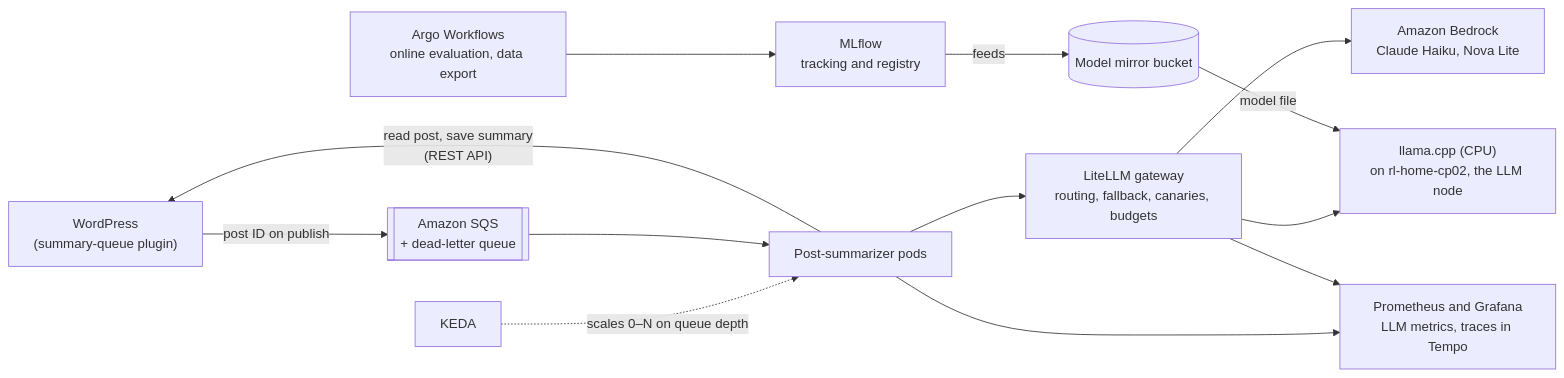
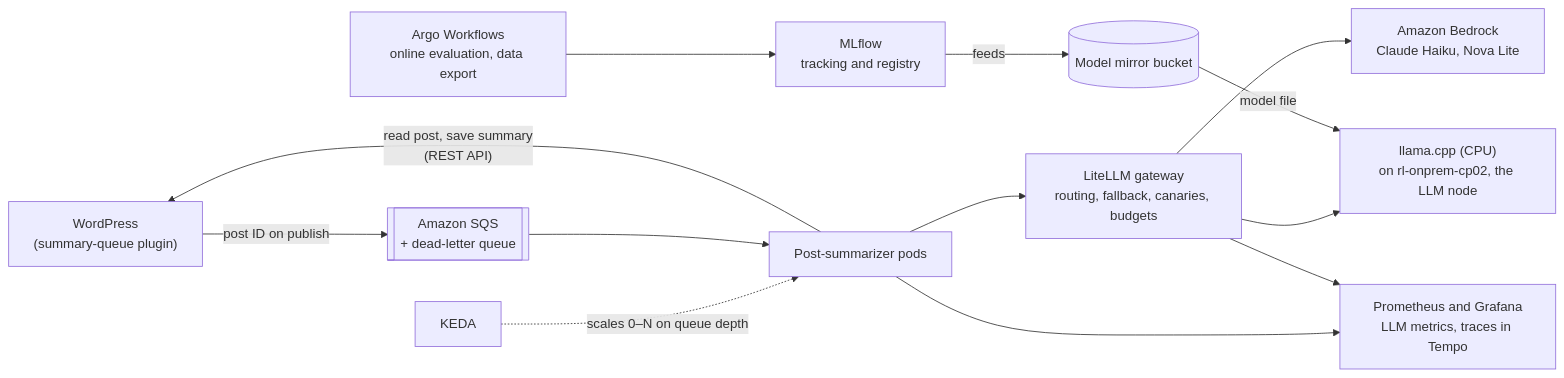
One commit to russetleaf/russetleaf-docs changed the first of 2 diagrams in docs/phase-2-ai-mlops/design.md. Above: the diagram before and after it, drawn with Mermaid. The commit also changed other lines of this file and 80 other files, not shown here.

````diff
--- a/docs/phase-2-ai-mlops/design.md
+++ b/docs/phase-2-ai-mlops/design.md
@@ -22,15 +22,15 @@
 ```mermaid
 flowchart LR
   wp["WordPress<br/>(summary-queue plugin)"] -->|"post ID on publish"| sqs[["Amazon SQS<br/>+ dead-letter queue"]]
   keda["KEDA"] -.->|"scales 0–N on queue depth"| sum
   sqs --> sum["Post-summarizer pods"]
   sum -->|"read post, save summary<br/>(REST API)"| wp
   sum --> gw["LiteLLM gateway<br/>routing, fallback, canaries, budgets"]
   gw --> bedrock["Amazon Bedrock<br/>Claude Haiku, Nova Lite"]
-  gw --> llama["llama.cpp (CPU)<br/>on rl-home-cp02, the LLM node"]
+  gw --> llama["llama.cpp (CPU)<br/>on rl-onprem-cp02, the LLM node"]
   mirror[("Model mirror bucket")] -->|"model file"| llama
   mlflow["MLflow<br/>tracking and registry"] -->|"feeds"| mirror
   wf["Argo Workflows<br/>online evaluation, data export"] --> mlflow
   sum --> prom["Prometheus and Grafana<br/>LLM metrics, traces in Tempo"]
   gw --> prom
 ```
````
